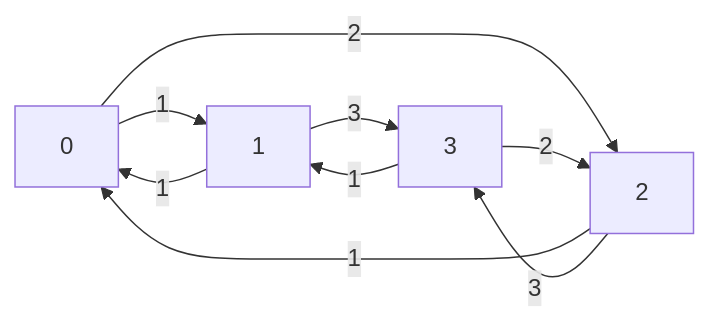
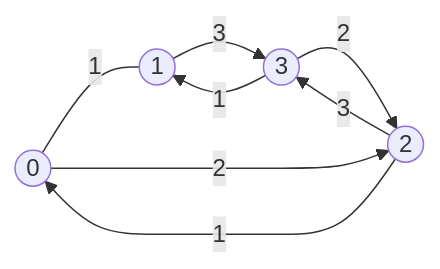
One commit to row-d/ProgramacionCompetitiva changed the second of 2 diagrams in README.md. Above: the diagram before and after it, drawn with Mermaid. The commit also changed other lines of this file and 3 other files, not shown here.

````diff
--- a/README.md
+++ b/README.md
@@ -267,11 +347,10 @@
 ```mermaid
 graph LR
-0 --1--> 1
-0 --2--> 2
-1 --1--> 0
-1 --3--> 3
+0((0)) --1--- 1((1))
+0 --2--> 2((2))
+1 --3--> 3((3))
 2 --1--> 0
 2 --3--> 3
 3 --1--> 1
 3 --2--> 2
 ```
````
